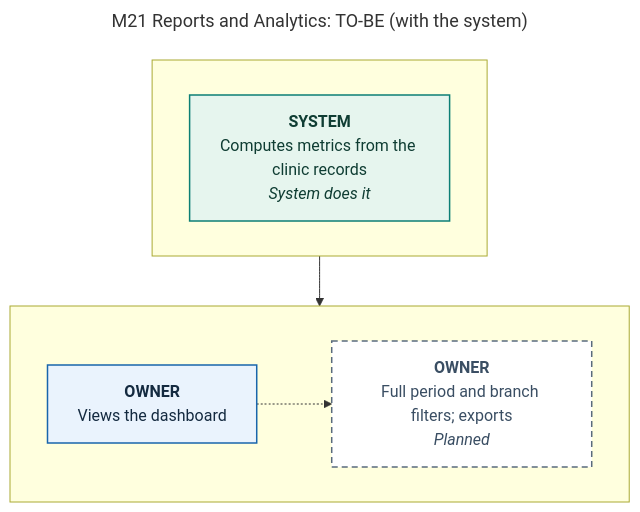
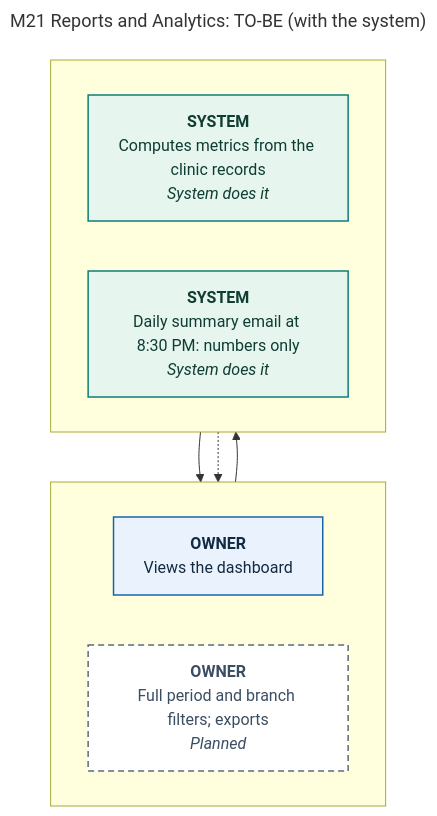
One commit to 0phem/multibranch-dental-clinic changed the diagram in docs/defense/diagrams/M21-reports-analytics-to-be.mmd. Above: the diagram before and after it, drawn with Mermaid. The commit also changed 57 other files, not shown here.

First line of the commit message:
docs(defense): automations in modules, evidence, TO-BE diagrams, process PDF, demo script, panel Q&A, screenshots

```diff
--- a/docs/defense/diagrams/M21-reports-analytics-to-be.mmd
+++ b/docs/defense/diagrams/M21-reports-analytics-to-be.mmd
@@ -1,21 +1,23 @@
 ---
 title: "M21 Reports and Analytics: TO-BE (with the system)"
 ---
 flowchart TB
     subgraph L3[" "]
     direction LR
       S1["<b>OWNER</b><br/>Views the dashboard"]:::manual
-      S2["<b>OWNER</b><br/>Full period and branch filters; exports<br/><i>Planned</i>"]:::planned
+      S3["<b>OWNER</b><br/>Full period and branch filters; exports<br/><i>Planned</i>"]:::planned
     end
     subgraph L4[" "]
     direction LR
       S0["<b>SYSTEM</b><br/>Computes metrics from the clinic records<br/><i>System does it</i>"]:::auto
+      S2["<b>SYSTEM</b><br/>Daily summary email at 8:30 PM: numbers only<br/><i>System does it</i>"]:::auto
     end
     S0 --> S1
-    S1 -.-> S2
+    S1 --> S2
+    S2 -.-> S3
     classDef cited fill:#eaf3fd,stroke:#1865ac,color:#142a40,stroke-width:1.5px
     classDef confirm fill:#fffaf0,stroke:#b26a00,color:#5e3c00,stroke-width:1.5px,stroke-dasharray:6 4
     classDef auto fill:#e6f5ee,stroke:#0c7f75,color:#0f3d33,stroke-width:1.5px
     classDef manual fill:#eaf3fd,stroke:#1865ac,color:#142a40,stroke-width:1.5px
     classDef mock fill:#f3f5f7,stroke:#5a6b7d,color:#3a4e63,stroke-width:1.5px,stroke-dasharray:3 3
     classDef planned fill:#ffffff,stroke:#5a6b7d,color:#3a4e63,stroke-width:1.5px,stroke-dasharray:6 4
```
